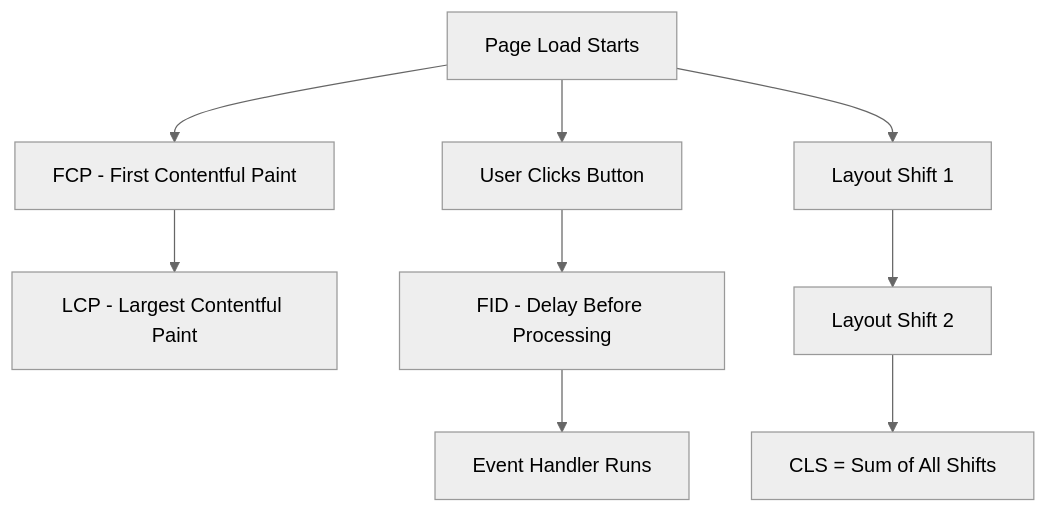
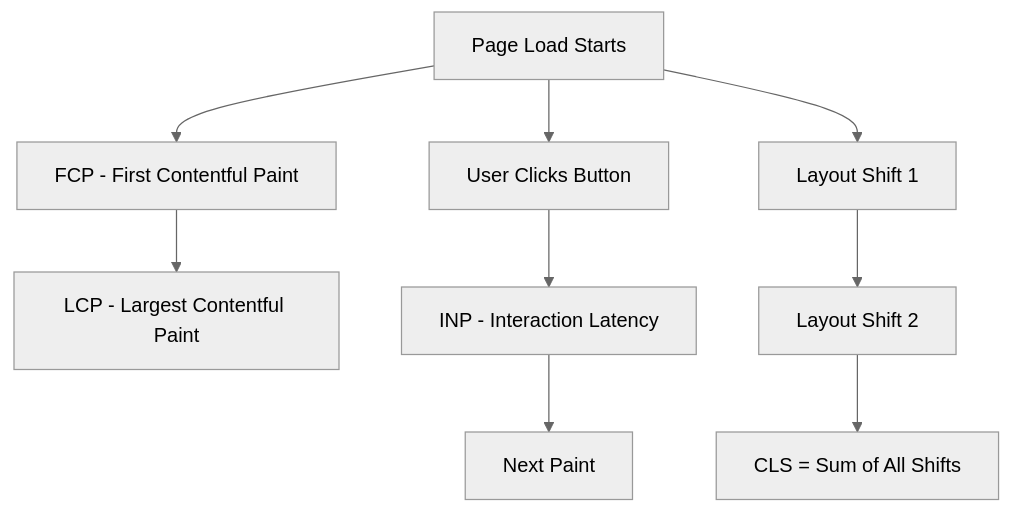
One commit to OneUptime/blog changed the diagram in posts/2026-02-06-core-web-vitals-lcp-fid-cls-opentelemetry-metrics/README.md. Above: the diagram before and after it, drawn with Mermaid (neutral theme). The commit also changed other lines of this file and 2 other files, not shown here.

Commit message:
validate: 2026-02-06-core-web-vitals-lcp-fid-cls-opentelemetry-metrics

````diff
--- a/posts/2026-02-06-core-web-vitals-lcp-fid-cls-opentelemetry-metrics/README.md
+++ b/posts/2026-02-06-core-web-vitals-lcp-fid-cls-opentelemetry-metrics/README.md
@@ -23,11 +23,11 @@
 ```mermaid
 graph TD
     A[Page Load Starts] --> B[FCP - First Contentful Paint]
     B --> C[LCP - Largest Contentful Paint]
     A --> D[User Clicks Button]
-    D --> E[FID - Delay Before Processing]
-    E --> F[Event Handler Runs]
+    D --> E[INP - Interaction Latency]
+    E --> F[Next Paint]
     A --> G[Layout Shift 1]
     G --> H[Layout Shift 2]
     H --> I[CLS = Sum of All Shifts]
 ```
````
